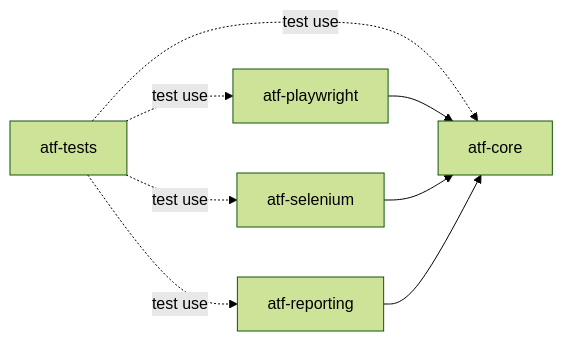
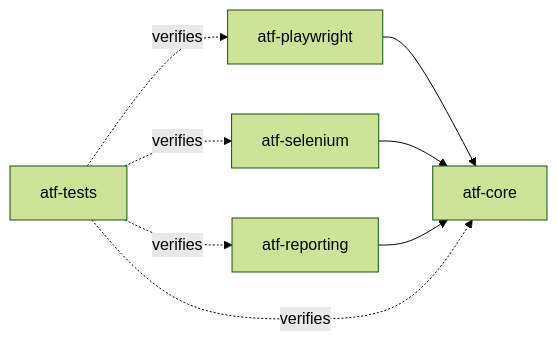
Before and after one commit to crististefanita/ATF_AI: the first of 2 diagrams in README.md, drawn with Mermaid (forest theme). The commit also changed other lines of this file and 10 other files, not shown here.

````diff
--- a/README.md
+++ b/README.md
@@ -16,10 +17,10 @@
 ```mermaid
 flowchart LR
-    Tests["atf-tests"] -. test use .-> Core["atf-core"]
-    Tests -. test use .-> PW["atf-playwright"]
-    Tests -. test use .-> SE["atf-selenium"]
-    Tests -. test use .-> Reports["atf-reporting"]
-    PW --> Core
-    SE --> Core
-    Reports --> Core
+    PW["atf-playwright"] --> Core["atf-core"]
+    SE["atf-selenium"] --> Core
+    Reporting["atf-reporting"] --> Core
+    Tests["atf-tests"] -. verifies .-> Core
+    Tests -. verifies .-> PW
+    Tests -. verifies .-> SE
+    Tests -. verifies .-> Reporting
 ```
````
